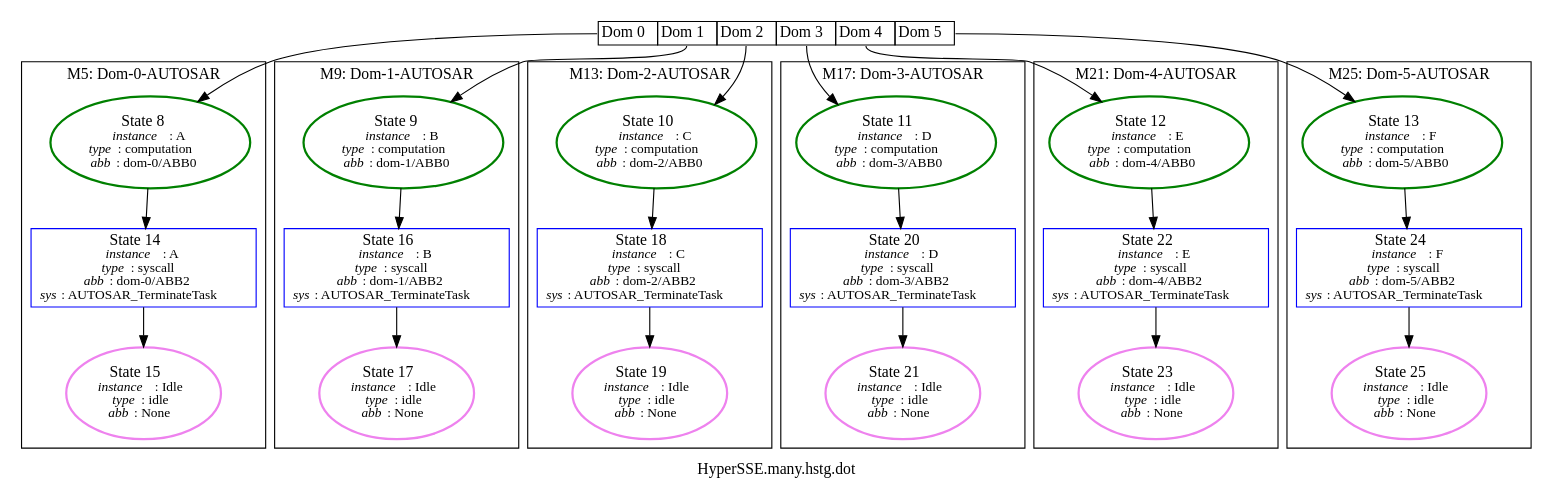
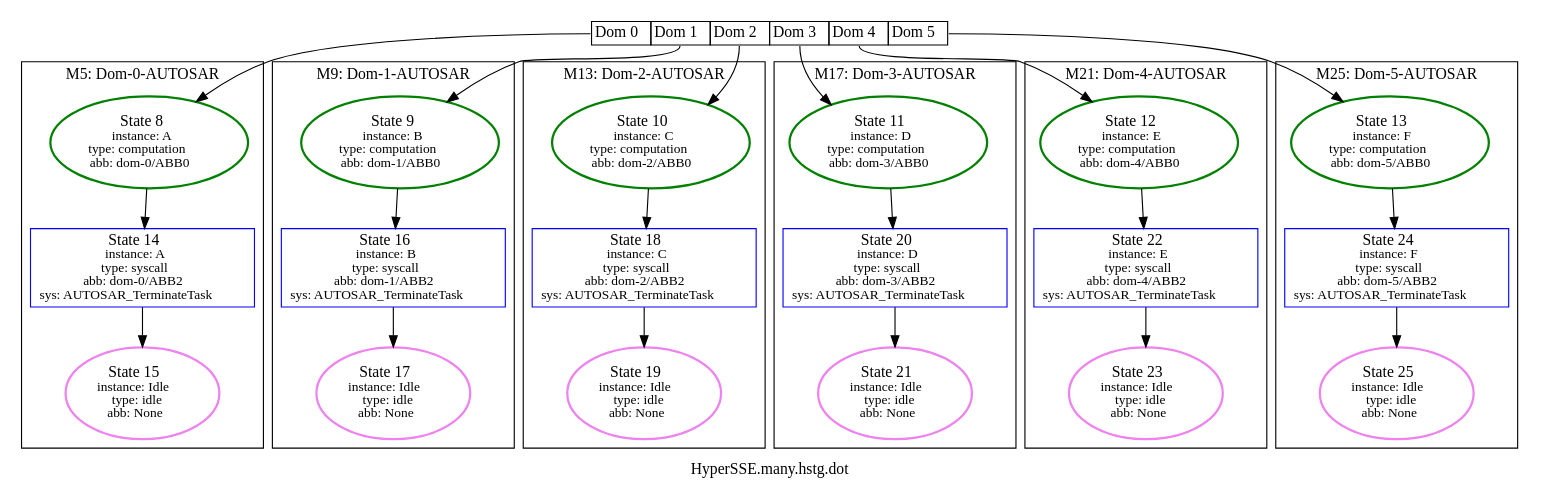
Before and after one commit to luhsra/ara: the diagram in appl/Xen/many/HyperSSE.many.hstg.dot, drawn with Graphviz. The commit also changed 10 other files, not shown here.

```diff
--- a/appl/Xen/many/HyperSSE.many.hstg.dot
+++ b/appl/Xen/many/HyperSSE.many.hstg.dot
@@ -1,64 +1,64 @@
 digraph G {
 label="HyperSSE.many.hstg.dot";
 1 [label=<<TABLE BORDER="0" CELLBORDER="1" CELLSPACING="0"><TR><TD PORT="c0">Dom 0</TD><TD PORT="c1">Dom 1</TD><TD PORT="c2">Dom 2</TD><TD PORT="c3">Dom 3</TD><TD PORT="c4">Dom 4</TD><TD PORT="c5">Dom 5</TD></TR></TABLE>>, shape=plaintext, tooltip=1];
 subgraph cluster_5 {
 label="M5: Dom-0-AUTOSAR";
-2 [color=green, fontsize=14, label=<State 8<br/><font point-size='12'><i>instance</i>: A<br/><i>type</i>: computation<br/><i>abb</i>: dom-0/ABB0</font>>, style=bold, tooltip=2];
-3 [color=blue, fontsize=14, label=<State 14<br/><font point-size='12'><i>instance</i>: A<br/><i>type</i>: syscall<br/><i>abb</i>: dom-0/ABB2<br/><i>sys</i>: AUTOSAR_TerminateTask</font>>, shape=box, tooltip=3];
-4 [color=violet, fontsize=14, label=<State 15<br/><font point-size='12'><i>instance</i>: Idle<br/><i>type</i>: idle<br/><i>abb</i>: None</font>>, style=bold, tooltip=4];
+2 [color=green, fontsize=14, label=<State 8<br/><font point-size='12'>instance: A<br/>type: computation<br/>abb: dom-0/ABB0</font>>, style=bold, tooltip=2];
+3 [color=blue, fontsize=14, label=<State 14<br/><font point-size='12'>instance: A<br/>type: syscall<br/>abb: dom-0/ABB2<br/>sys: AUTOSAR_TerminateTask</font>>, shape=box, tooltip=3];
+4 [color=violet, fontsize=14, label=<State 15<br/><font point-size='12'>instance: Idle<br/>type: idle<br/>abb: None</font>>, style=bold, tooltip=4];
 }
 
 subgraph cluster_9 {
 label="M9: Dom-1-AUTOSAR";
-8 [color=violet, fontsize=14, label=<State 17<br/><font point-size='12'><i>instance</i>: Idle<br/><i>type</i>: idle<br/><i>abb</i>: None</font>>, style=bold, tooltip=8];
-6 [color=green, fontsize=14, label=<State 9<br/><font point-size='12'><i>instance</i>: B<br/><i>type</i>: computation<br/><i>abb</i>: dom-1/ABB0</font>>, style=bold, tooltip=6];
-7 [color=blue, fontsize=14, label=<State 16<br/><font point-size='12'><i>instance</i>: B<br/><i>type</i>: syscall<br/><i>abb</i>: dom-1/ABB2<br/><i>sys</i>: AUTOSAR_TerminateTask</font>>, shape=box, tooltip=7];
+8 [color=violet, fontsize=14, label=<State 17<br/><font point-size='12'>instance: Idle<br/>type: idle<br/>abb: None</font>>, style=bold, tooltip=8];
+6 [color=green, fontsize=14, label=<State 9<br/><font point-size='12'>instance: B<br/>type: computation<br/>abb: dom-1/ABB0</font>>, style=bold, tooltip=6];
+7 [color=blue, fontsize=14, label=<State 16<br/><font point-size='12'>instance: B<br/>type: syscall<br/>abb: dom-1/ABB2<br/>sys: AUTOSAR_TerminateTask</font>>, shape=box, tooltip=7];
 }
 
 subgraph cluster_13 {
 label="M13: Dom-2-AUTOSAR";
-10 [color=green, fontsize=14, label=<State 10<br/><font point-size='12'><i>instance</i>: C<br/><i>type</i>: computation<br/><i>abb</i>: dom-2/ABB0</font>>, style=bold, tooltip=10];
-11 [color=blue, fontsize=14, label=<State 18<br/><font point-size='12'><i>instance</i>: C<br/><i>type</i>: syscall<br/><i>abb</i>: dom-2/ABB2<br/><i>sys</i>: AUTOSAR_TerminateTask</font>>, shape=box, tooltip=11];
-12 [color=violet, fontsize=14, label=<State 19<br/><font point-size='12'><i>instance</i>: Idle<br/><i>type</i>: idle<br/><i>abb</i>: None</font>>, style=bold, tooltip=12];
+10 [color=green, fontsize=14, label=<State 10<br/><font point-size='12'>instance: C<br/>type: computation<br/>abb: dom-2/ABB0</font>>, style=bold, tooltip=10];
+11 [color=blue, fontsize=14, label=<State 18<br/><font point-size='12'>instance: C<br/>type: syscall<br/>abb: dom-2/ABB2<br/>sys: AUTOSAR_TerminateTask</font>>, shape=box, tooltip=11];
+12 [color=violet, fontsize=14, label=<State 19<br/><font point-size='12'>instance: Idle<br/>type: idle<br/>abb: None</font>>, style=bold, tooltip=12];
 }
 
 subgraph cluster_17 {
 label="M17: Dom-3-AUTOSAR";
-16 [color=violet, fontsize=14, label=<State 21<br/><font point-size='12'><i>instance</i>: Idle<br/><i>type</i>: idle<br/><i>abb</i>: None</font>>, style=bold, tooltip=16];
-14 [color=green, fontsize=14, label=<State 11<br/><font point-size='12'><i>instance</i>: D<br/><i>type</i>: computation<br/><i>abb</i>: dom-3/ABB0</font>>, style=bold, tooltip=14];
-15 [color=blue, fontsize=14, label=<State 20<br/><font point-size='12'><i>instance</i>: D<br/><i>type</i>: syscall<br/><i>abb</i>: dom-3/ABB2<br/><i>sys</i>: AUTOSAR_TerminateTask</font>>, shape=box, tooltip=15];
+16 [color=violet, fontsize=14, label=<State 21<br/><font point-size='12'>instance: Idle<br/>type: idle<br/>abb: None</font>>, style=bold, tooltip=16];
+14 [color=green, fontsize=14, label=<State 11<br/><font point-size='12'>instance: D<br/>type: computation<br/>abb: dom-3/ABB0</font>>, style=bold, tooltip=14];
+15 [color=blue, fontsize=14, label=<State 20<br/><font point-size='12'>instance: D<br/>type: syscall<br/>abb: dom-3/ABB2<br/>sys: AUTOSAR_TerminateTask</font>>, shape=box, tooltip=15];
 }
 
 subgraph cluster_21 {
 label="M21: Dom-4-AUTOSAR";
-18 [color=green, fontsize=14, label=<State 12<br/><font point-size='12'><i>instance</i>: E<br/><i>type</i>: computation<br/><i>abb</i>: dom-4/ABB0</font>>, style=bold, tooltip=18];
-19 [color=blue, fontsize=14, label=<State 22<br/><font point-size='12'><i>instance</i>: E<br/><i>type</i>: syscall<br/><i>abb</i>: dom-4/ABB2<br/><i>sys</i>: AUTOSAR_TerminateTask</font>>, shape=box, tooltip=19];
-20 [color=violet, fontsize=14, label=<State 23<br/><font point-size='12'><i>instance</i>: Idle<br/><i>type</i>: idle<br/><i>abb</i>: None</font>>, style=bold, tooltip=20];
+18 [color=green, fontsize=14, label=<State 12<br/><font point-size='12'>instance: E<br/>type: computation<br/>abb: dom-4/ABB0</font>>, style=bold, tooltip=18];
+19 [color=blue, fontsize=14, label=<State 22<br/><font point-size='12'>instance: E<br/>type: syscall<br/>abb: dom-4/ABB2<br/>sys: AUTOSAR_TerminateTask</font>>, shape=box, tooltip=19];
+20 [color=violet, fontsize=14, label=<State 23<br/><font point-size='12'>instance: Idle<br/>type: idle<br/>abb: None</font>>, style=bold, tooltip=20];
 }
 
 subgraph cluster_25 {
 label="M25: Dom-5-AUTOSAR";
-24 [color=violet, fontsize=14, label=<State 25<br/><font point-size='12'><i>instance</i>: Idle<br/><i>type</i>: idle<br/><i>abb</i>: None</font>>, style=bold, tooltip=24];
-22 [color=green, fontsize=14, label=<State 13<br/><font point-size='12'><i>instance</i>: F<br/><i>type</i>: computation<br/><i>abb</i>: dom-5/ABB0</font>>, style=bold, tooltip=22];
-23 [color=blue, fontsize=14, label=<State 24<br/><font point-size='12'><i>instance</i>: F<br/><i>type</i>: syscall<br/><i>abb</i>: dom-5/ABB2<br/><i>sys</i>: AUTOSAR_TerminateTask</font>>, shape=box, tooltip=23];
+24 [color=violet, fontsize=14, label=<State 25<br/><font point-size='12'>instance: Idle<br/>type: idle<br/>abb: None</font>>, style=bold, tooltip=24];
+22 [color=green, fontsize=14, label=<State 13<br/><font point-size='12'>instance: F<br/>type: computation<br/>abb: dom-5/ABB0</font>>, style=bold, tooltip=22];
+23 [color=blue, fontsize=14, label=<State 24<br/><font point-size='12'>instance: F<br/>type: syscall<br/>abb: dom-5/ABB2<br/>sys: AUTOSAR_TerminateTask</font>>, shape=box, tooltip=23];
 }
 
 1:c0 -> 2  [color=black];
 1:c1 -> 6  [color=black];
 1:c2 -> 10  [color=black];
 1:c3 -> 14  [color=black];
 1:c4 -> 18  [color=black];
 1:c5 -> 22  [color=black];
 2 -> 3  [color=black];
 3 -> 4  [color=black];
 6 -> 7  [color=black];
 7 -> 8  [color=black];
 10 -> 11  [color=black];
 11 -> 12  [color=black];
 14 -> 15  [color=black];
 15 -> 16  [color=black];
 18 -> 19  [color=black];
 19 -> 20  [color=black];
 22 -> 23  [color=black];
 23 -> 24  [color=black];
 }
```
